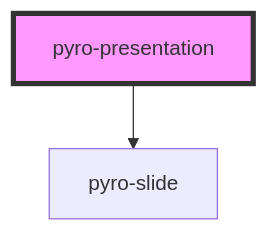
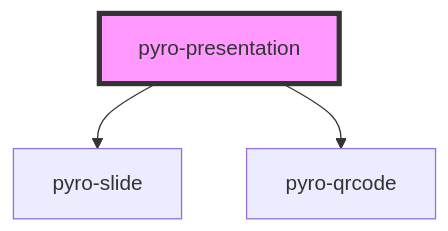
One commit to presentosaurus/presentosaurus changed the diagram in src/components/presentation/readme.md. Above: the diagram before and after it, drawn with Mermaid. The commit also changed other lines of this file and 8 other files, not shown here.

````diff
--- a/src/components/presentation/readme.md
+++ b/src/components/presentation/readme.md
@@ -25,5 +27,6 @@
 ```mermaid
 graph TD;
   pyro-presentation --> pyro-slide
+  pyro-presentation --> pyro-qrcode
   style pyro-presentation fill:#f9f,stroke:#333,stroke-width:4px
 ```
````
